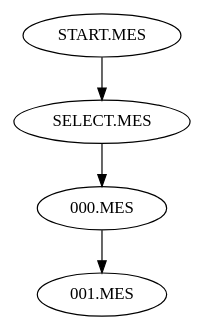
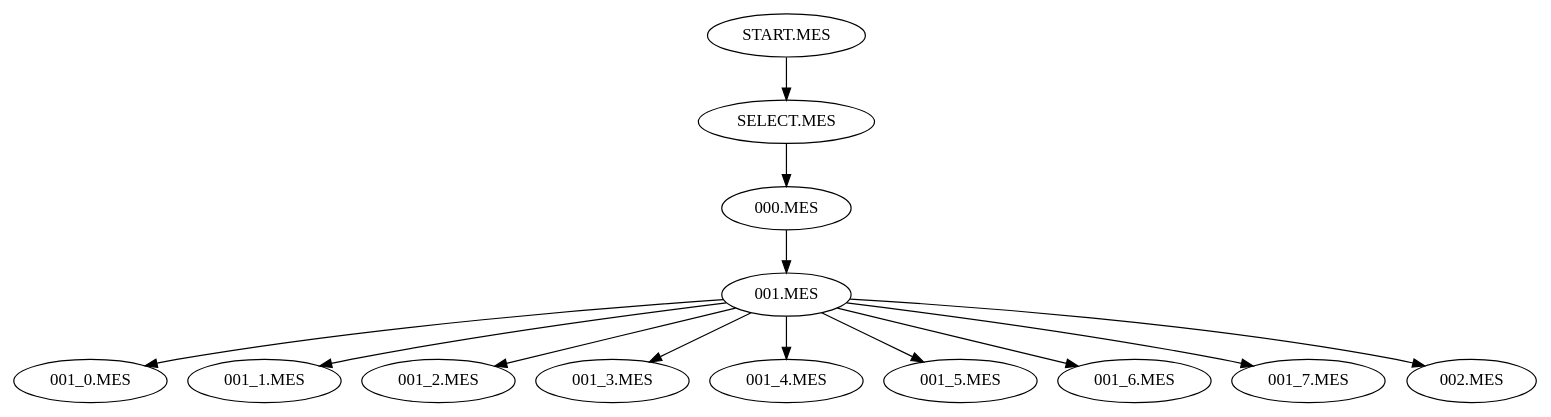
One commit to OPNA2608/ballade-for-maria-translation changed the diagram in graphs/script-flow.dot. Above: the diagram before and after it, drawn with Graphviz. The commit also changed 1 other file, not shown here.

Commit message:
graphs/script-flow: Add 001.MES jump data
Missing conditions for the jumps. Will add once I've reached them in the translation.

```diff
--- a/graphs/script-flow.dot
+++ b/graphs/script-flow.dot
@@ -1,5 +1,15 @@
 digraph {
   "START.MES" -> "SELECT.MES"
   "SELECT.MES" -> "000.MES"
   "000.MES" -> "001.MES"
+
+  "001.MES" -> "001_0.MES"
+  "001.MES" -> "001_1.MES"
+  "001.MES" -> "001_2.MES"
+  "001.MES" -> "001_3.MES"
+  "001.MES" -> "001_4.MES"
+  "001.MES" -> "001_5.MES"
+  "001.MES" -> "001_6.MES"
+  "001.MES" -> "001_7.MES"
+  "001.MES" -> "002.MES"
 }
```
